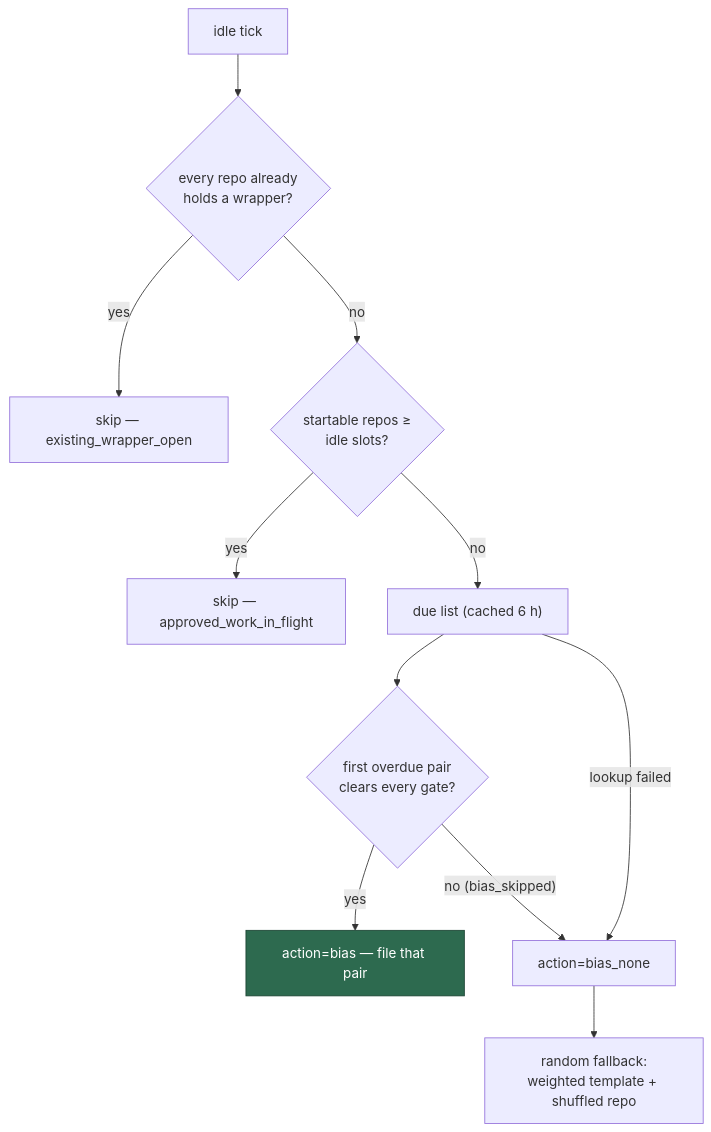
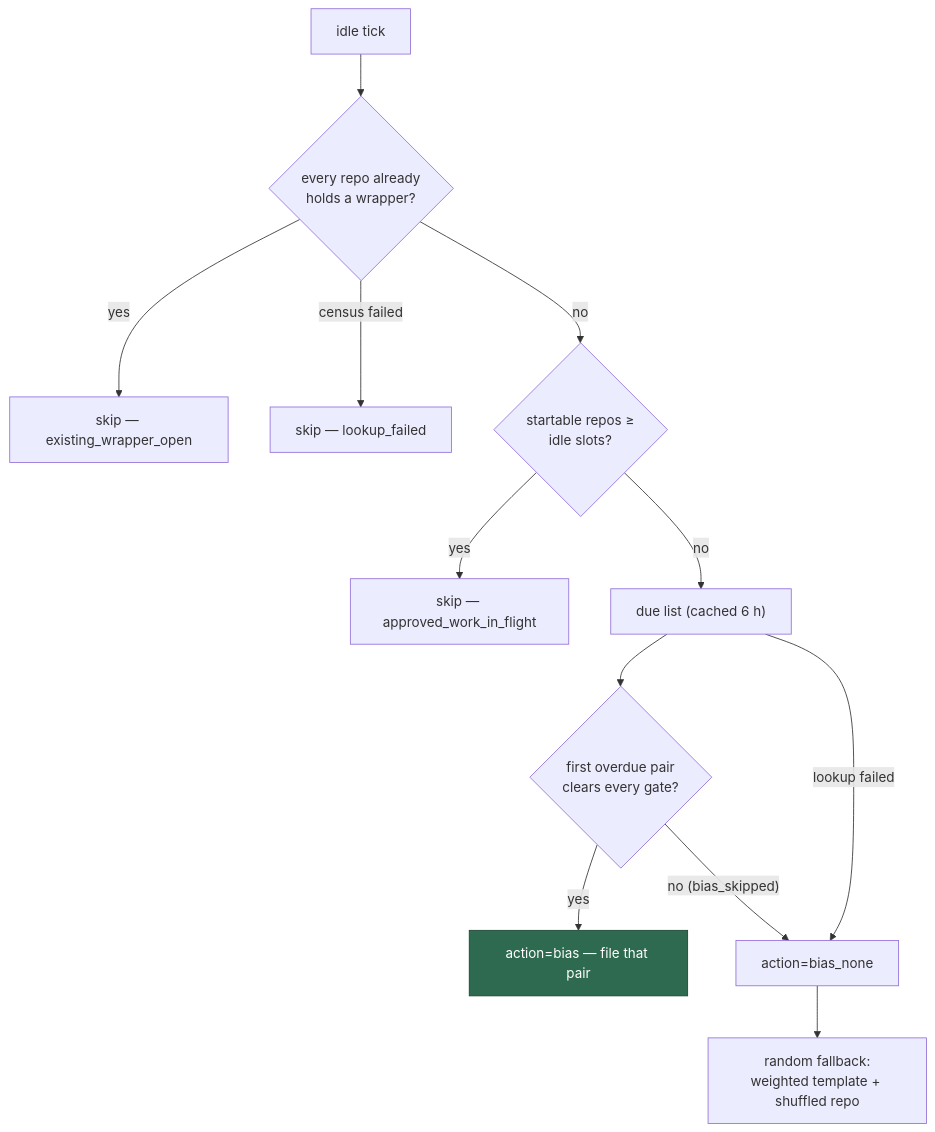
Diagram 15 of 21 in docs/IDLE-TASK-FRAMEWORK.md (stSoftwareAU/VibeCoder), drawn with Mermaid before and after one commit. The commit also changed other lines of this file and 35 other files, not shown here.

````diff
--- a/docs/IDLE-TASK-FRAMEWORK.md
+++ b/docs/IDLE-TASK-FRAMEWORK.md
@@ -1923,14 +2013,15 @@
 ```mermaid
 flowchart TD
     T["idle tick"] --> X{"every repo already<br/>holds a wrapper?"}
     X -- yes --> S1["skip — existing_wrapper_open"]
+    X -- "census failed" --> S0["skip — lookup_failed"]
     X -- no --> F{"startable repos ≥<br/>idle slots?"}
     F -- yes --> S2["skip — approved_work_in_flight"]
     F -- no --> D["due list (cached 6 h)"]
     D --> G{"first overdue pair<br/>clears every gate?"}
     G -- yes --> B["action=bias — file that pair"]
     G -- "no (bias_skipped)" --> N["action=bias_none"]
     D -- "lookup failed" --> N
     N --> R["random fallback:<br/>weighted template + shuffled repo"]
     style B fill:#2d6a4f,stroke:#1b4332,color:#fff
 ```
````
